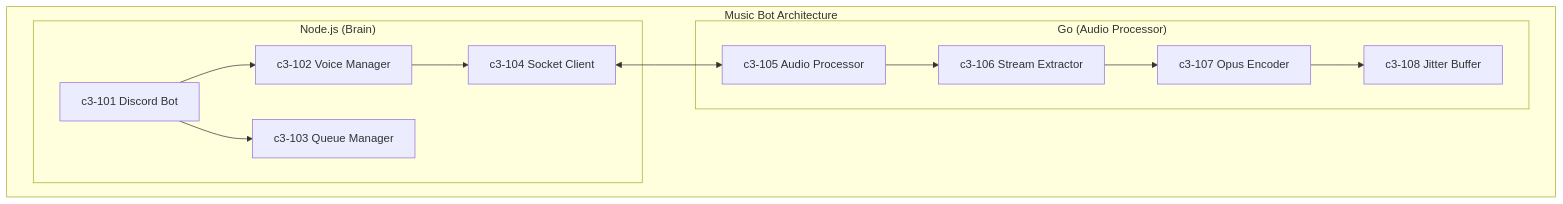
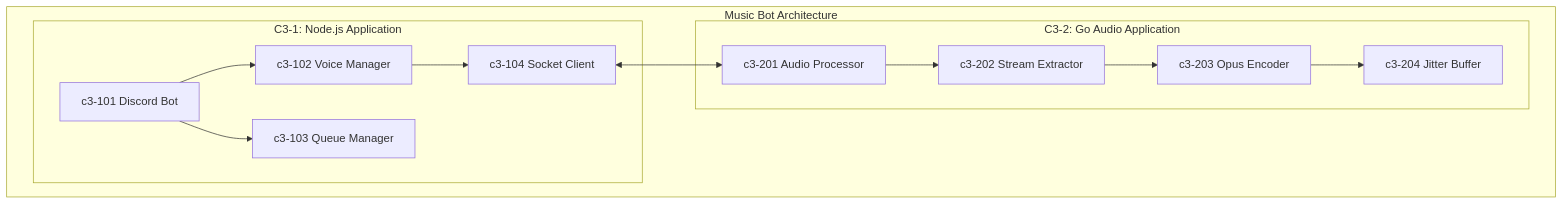
One commit to thewind121212/natashi changed the first of 5 diagrams in .claude/skills/topic-creator/SKILL.md. Above: the diagram before and after it, drawn with Mermaid. The commit also changed other lines of this file and 992 other files, not shown here.

````diff
--- a/.claude/skills/topic-creator/SKILL.md
+++ b/.claude/skills/topic-creator/SKILL.md
@@ -20,23 +20,23 @@
 ```mermaid
 flowchart TB
-    subgraph Container["Music Bot Architecture"]
-        subgraph NodeJS["Node.js (Brain)"]
+    subgraph System["Music Bot Architecture"]
+        subgraph C3_1["C3-1: Node.js Application"]
             C101[c3-101 Discord Bot]
             C102[c3-102 Voice Manager]
             C103[c3-103 Queue Manager]
             C104[c3-104 Socket Client]
         end
 
-        subgraph Go["Go (Audio Processor)"]
-            C105[c3-105 Audio Processor]
-            C106[c3-106 Stream Extractor]
-            C107[c3-107 Opus Encoder]
-            C108[c3-108 Jitter Buffer]
+        subgraph C3_2["C3-2: Go Audio Application"]
+            C201[c3-201 Audio Processor]
+            C202[c3-202 Stream Extractor]
+            C203[c3-203 Opus Encoder]
+            C204[c3-204 Jitter Buffer]
         end
     end
 
     C101 --> C102 --> C104
     C101 --> C103
-    C104 <--> C105
-    C105 --> C106 --> C107 --> C108
+    C104 <--> C201
+    C201 --> C202 --> C203 --> C204
 ```
````
